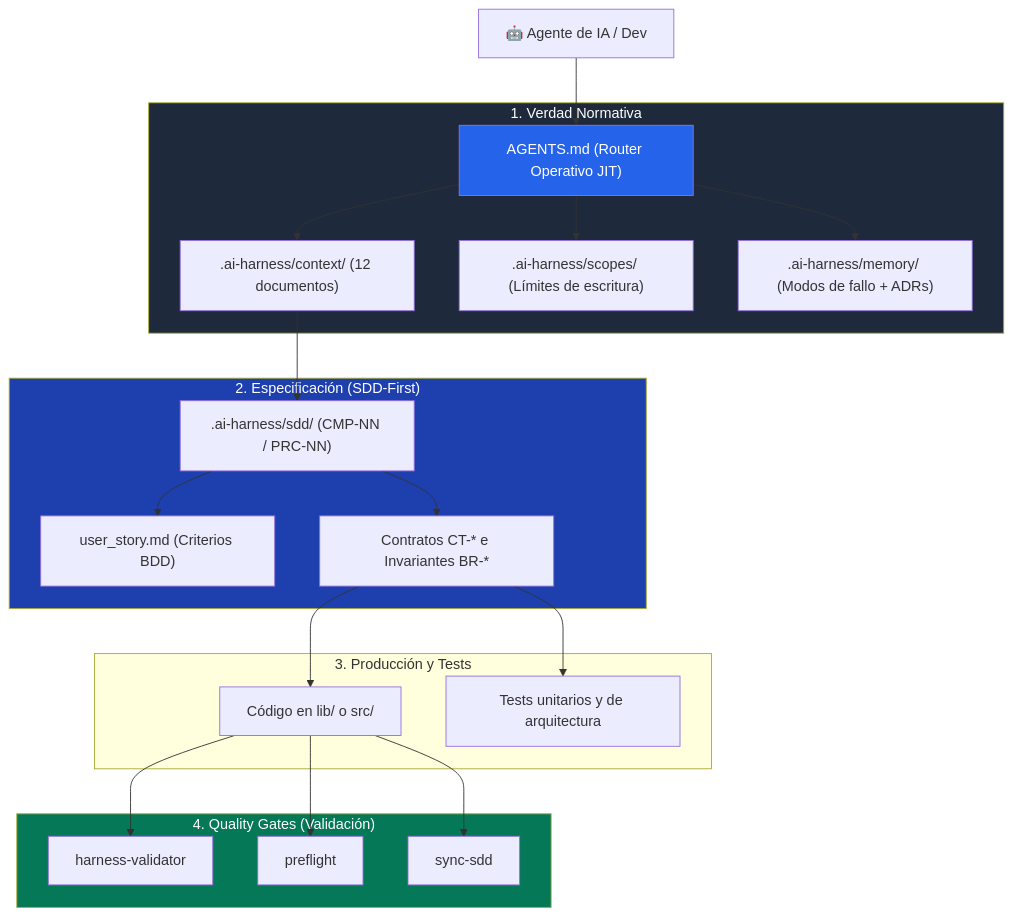
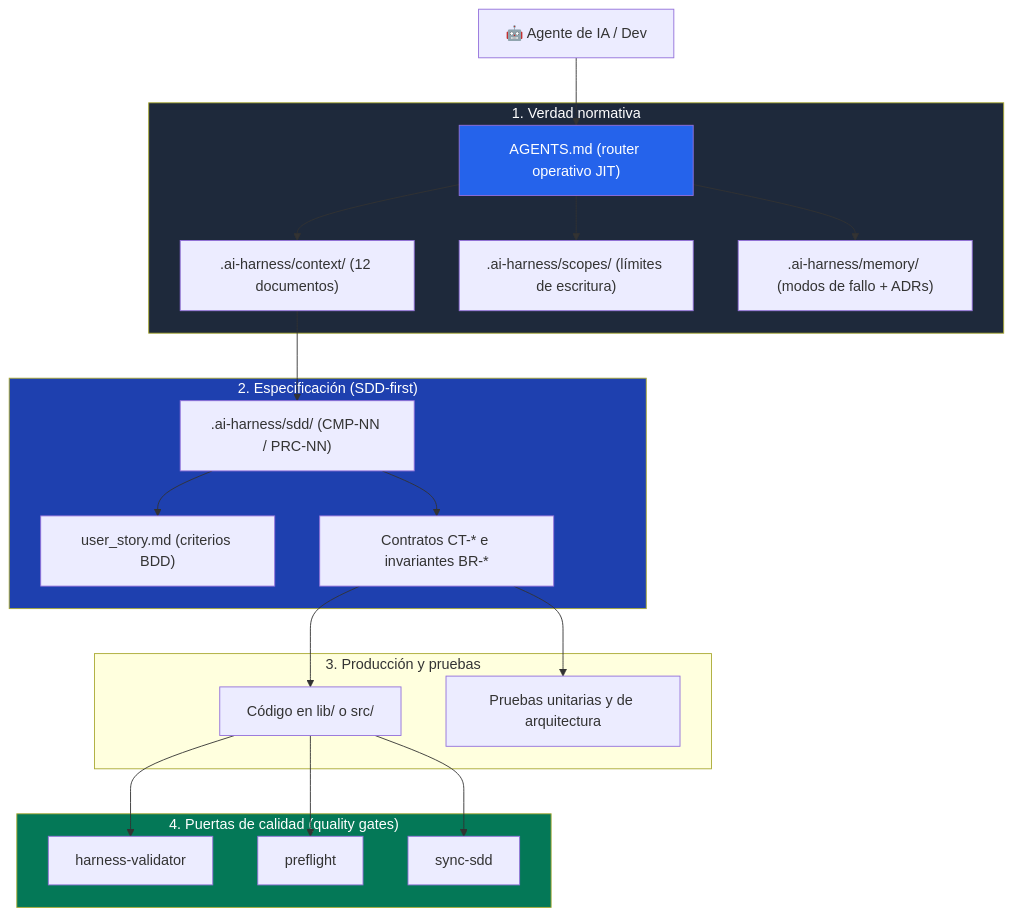
The diagram in README.md (angel-diaz-bcn/harness-launcher), drawn with Mermaid before and after one commit. The commit also changed other lines of this file, not shown here.

````diff
--- a/README.md
+++ b/README.md
@@ -60,32 +60,32 @@
 ```mermaid
 flowchart TD
-    Agent["🤖 Agente de IA / Dev"] --> Router["AGENTS.md (Router Operativo JIT)"]
+    Agent["🤖 Agente de IA / Dev"] --> Router["AGENTS.md (router operativo JIT)"]
     
-    subgraph Normativa["1. Verdad Normativa"]
+    subgraph Normativa["1. Verdad normativa"]
         Router --> Context[".ai-harness/context/ (12 documentos)"]
-        Router --> Scopes[".ai-harness/scopes/ (Límites de escritura)"]
-        Router --> Memory[".ai-harness/memory/ (Modos de fallo + ADRs)"]
+        Router --> Scopes[".ai-harness/scopes/ (límites de escritura)"]
+        Router --> Memory[".ai-harness/memory/ (modos de fallo + ADRs)"]
     end
     
-    subgraph SDD["2. Especificación (SDD-First)"]
+    subgraph SDD["2. Especificación (SDD-first)"]
         Context --> Spec[".ai-harness/sdd/ (CMP-NN / PRC-NN)"]
-        Spec --> Story["user_story.md (Criterios BDD)"]
-        Spec --> Contract["Contratos CT-* e Invariantes BR-*"]
+        Spec --> Story["user_story.md (criterios BDD)"]
+        Spec --> Contract["Contratos CT-* e invariantes BR-*"]
     end
     
-    subgraph Code["3. Producción y Tests"]
+    subgraph Code["3. Producción y pruebas"]
         Contract --> Prod["Código en lib/ o src/"]
-        Contract --> Tests["Tests unitarios y de arquitectura"]
+        Contract --> Tests["Pruebas unitarias y de arquitectura"]
     end
     
-    subgraph Gates["4. Quality Gates (Validación)"]
+    subgraph Gates["4. Puertas de calidad (quality gates)"]
         Prod --> Gate1["harness-validator"]
         Prod --> Gate2["preflight"]
         Prod --> Gate3["sync-sdd"]
     end
     
     style Router fill:#2563EB,color:#fff
     style Normativa fill:#1E293B,color:#fff
     style SDD fill:#1E40AF,color:#fff
     style Gates fill:#047857,color:#fff
 ```
````
